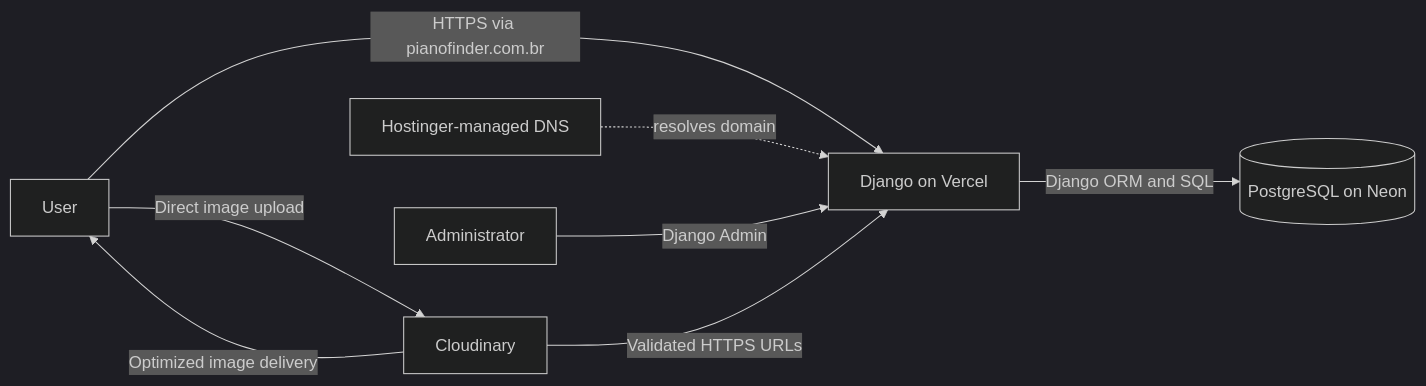
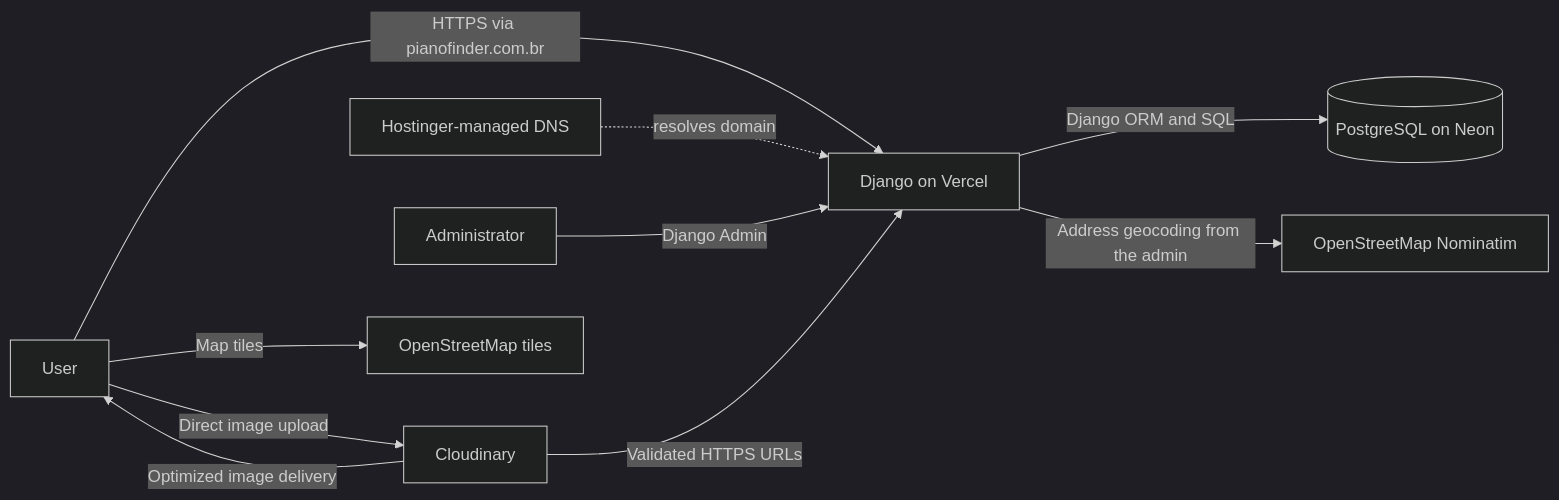
The diagram in README.md (jvtorlando/piano-finder), drawn with Mermaid (dark theme) before and after one commit. The commit also changed other lines of this file and 23 other files, not shown here.

First line of the commit message:
Add interactive map, geocoding and near-me search

````diff
--- a/README.md
+++ b/README.md
@@ -61,10 +63,12 @@
 ```mermaid
 flowchart LR
     U[User] -->|HTTPS via pianofinder.com.br| V[Django on Vercel]
     H[Hostinger-managed DNS] -. resolves domain .-> V
     A[Administrator] -->|Django Admin| V
     V -->|Django ORM and SQL| N[(PostgreSQL on Neon)]
     U -->|Direct image upload| C[Cloudinary]
     C -->|Validated HTTPS URLs| V
     C -->|Optimized image delivery| U
+    V -->|Address geocoding from the admin| O[OpenStreetMap Nominatim]
+    U -->|Map tiles| T[OpenStreetMap tiles]
 ```
````
